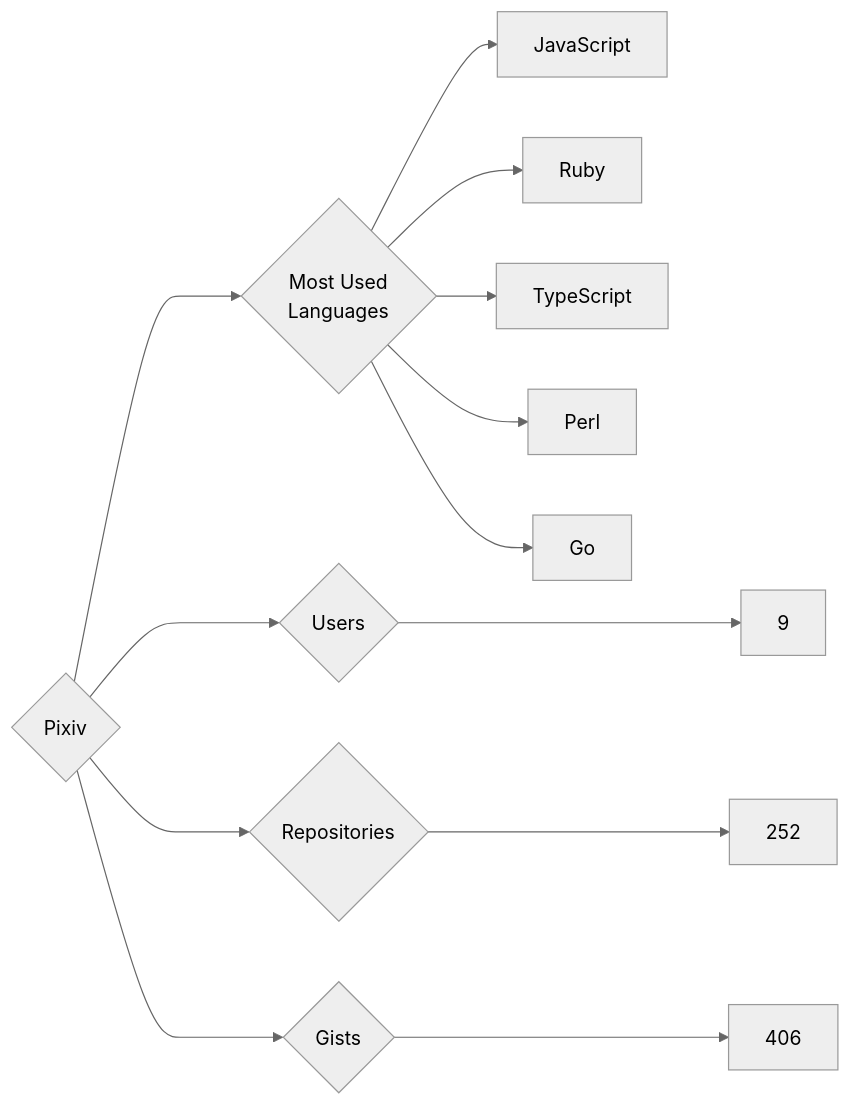
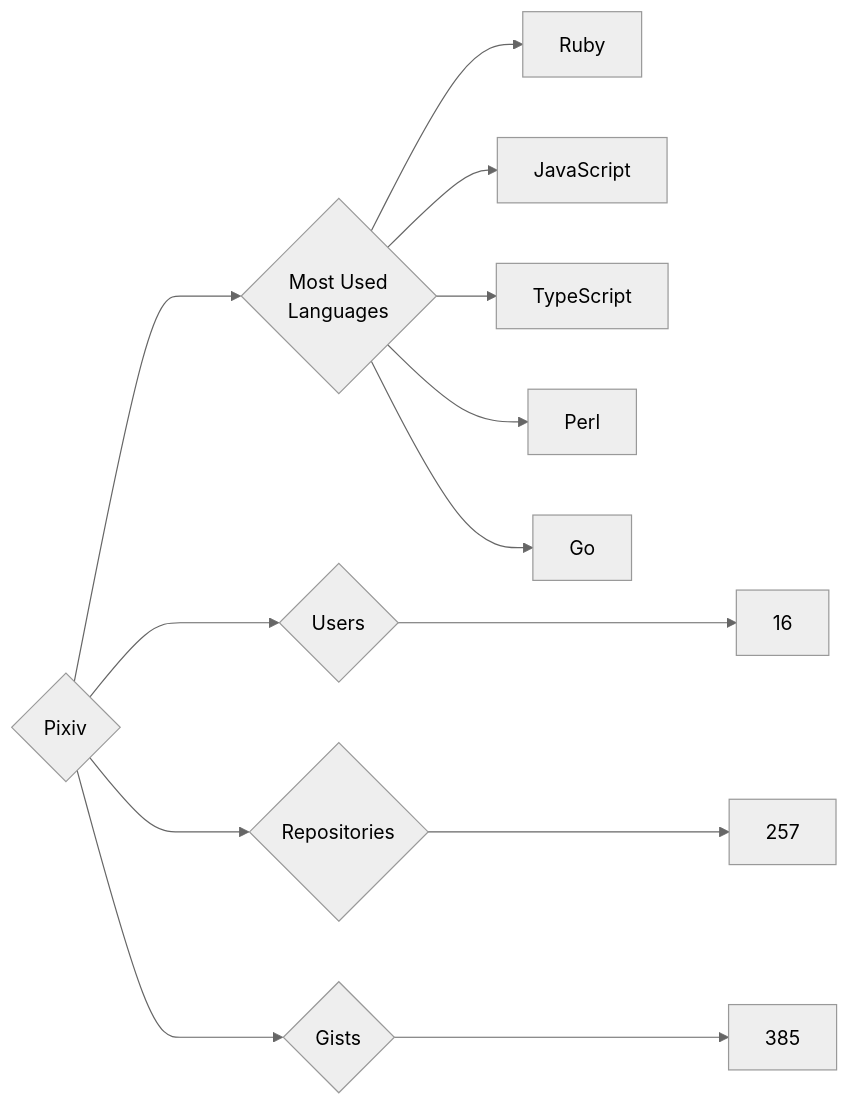
Before and after one commit to trickest/insiders: the diagram in targets/Pixiv/README.md, drawn with Mermaid (neutral theme). The commit also changed 773 other files, not shown here.

````diff
--- a/targets/Pixiv/README.md
+++ b/targets/Pixiv/README.md
@@ -3,13 +3,13 @@
 ```mermaid
 graph LR
 COMPANY_NAME{Pixiv}
-COMPANY_NAME ---> U{Users} ---> UN[9]
-COMPANY_NAME ---> R{Repositories} ---> RN[252]
-COMPANY_NAME ---> G{Gists} ---> GN[406]
+COMPANY_NAME ---> U{Users} ---> UN[16]
+COMPANY_NAME ---> R{Repositories} ---> RN[257]
+COMPANY_NAME ---> G{Gists} ---> GN[385]
 COMPANY_NAME ---> ML{Most Used<br>Languages}
+ML --> Ruby[Ruby]
 ML --> JavaScript[JavaScript]
-ML --> Ruby[Ruby]
 ML --> TypeScript[TypeScript]
 ML --> Perl[Perl]
 ML --> Go[Go]
 ```
````
